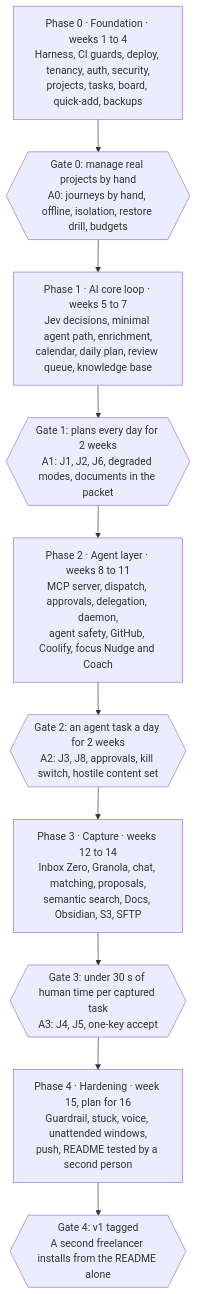
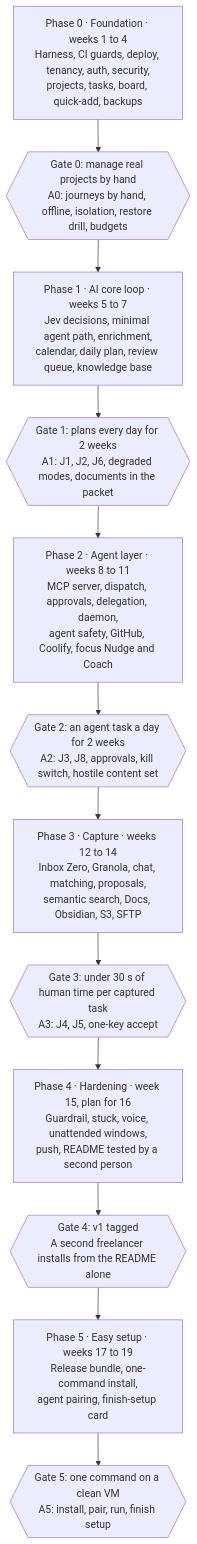
The diagram in docs/IMPLEMENTATION-PLAN.md (SpaceshipCreative/tumnis-guide), drawn with Mermaid before and after one commit. The commit also changed other lines of this file and 3 other files, not shown here.

First line of the commit message:
docs(plan): add Phase 5, easy setup

````diff
--- a/docs/IMPLEMENTATION-PLAN.md
+++ b/docs/IMPLEMENTATION-PLAN.md
@@ -11,14 +11,16 @@
 ```mermaid
 flowchart TD
   P0["Phase 0 · Foundation · weeks 1 to 4<br/>Harness, CI guards, deploy, tenancy, auth, security,<br/>projects, tasks, board, quick-add, backups"]
   G0{{"Gate 0: manage real projects by hand<br/>A0: journeys by hand, offline, isolation, restore drill, budgets"}}
   P1["Phase 1 · AI core loop · weeks 5 to 7<br/>Jev decisions, minimal agent path, enrichment,<br/>calendar, daily plan, review queue, knowledge base"]
   G1{{"Gate 1: plans every day for 2 weeks<br/>A1: J1, J2, J6, degraded modes, documents in the packet"}}
   P2["Phase 2 · Agent layer · weeks 8 to 11<br/>MCP server, dispatch, approvals, delegation, daemon,<br/>agent safety, GitHub, Coolify, focus Nudge and Coach"]
   G2{{"Gate 2: an agent task a day for 2 weeks<br/>A2: J3, J8, approvals, kill switch, hostile content set"}}
   P3["Phase 3 · Capture · weeks 12 to 14<br/>Inbox Zero, Granola, chat, matching, proposals,<br/>semantic search, Docs, Obsidian, S3, SFTP"]
   G3{{"Gate 3: under 30 s of human time per captured task<br/>A3: J4, J5, one-key accept"}}
   P4["Phase 4 · Hardening · week 15, plan for 16<br/>Guardrail, stuck, voice, unattended windows,<br/>push, README tested by a second person"]
   G4{{"Gate 4: v1 tagged<br/>A second freelancer installs from the README alone"}}
-  P0 --> G0 --> P1 --> G1 --> P2 --> G2 --> P3 --> G3 --> P4 --> G4
+  P5["Phase 5 · Easy setup · weeks 17 to 19<br/>Release bundle, one-command install,<br/>agent pairing, finish-setup card"]
+  G5{{"Gate 5: one command on a clean VM<br/>A5: install, pair, run, finish setup"}}
+  P0 --> G0 --> P1 --> G1 --> P2 --> G2 --> P3 --> G3 --> P4 --> G4 --> P5 --> G5
 ```
````
